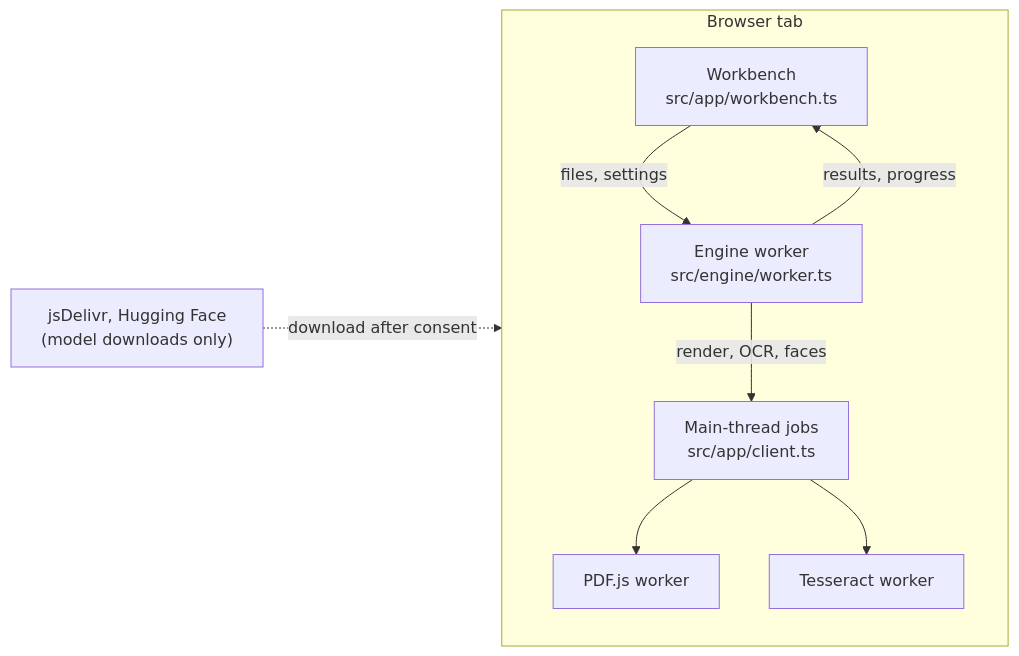
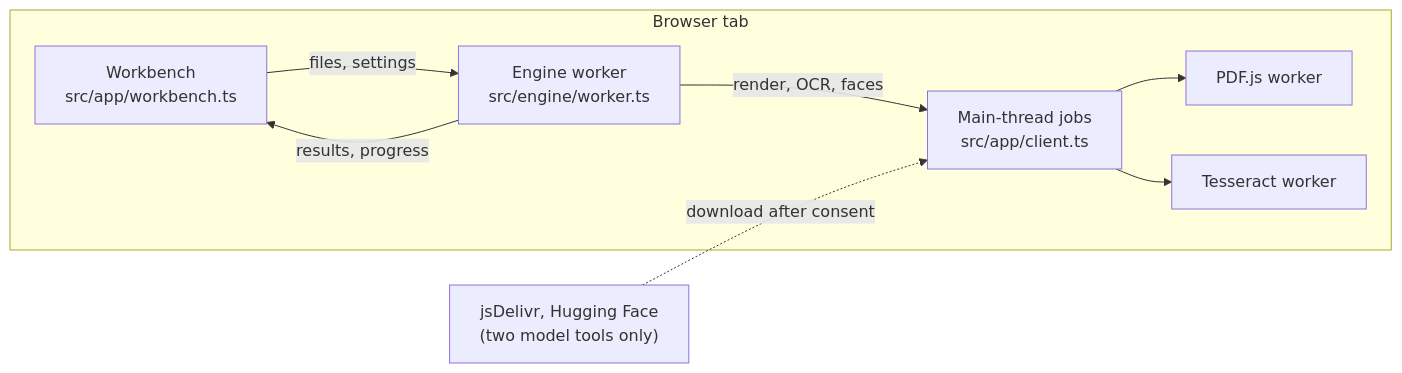
One commit to AshwinSathian/lathe changed the diagram in docs/architecture.md. Above: the diagram before and after it, drawn with Mermaid. The commit also changed other lines of this file and 16 other files, not shown here.

````diff
--- a/docs/architecture.md
+++ b/docs/architecture.md
@@ -5,16 +5,16 @@
 ```mermaid
 flowchart LR
   subgraph Tab["Browser tab"]
     UI["Workbench<br/>src/app/workbench.ts"]
     Main["Main-thread jobs<br/>src/app/client.ts"]
     W["Engine worker<br/>src/engine/worker.ts"]
     PJ["PDF.js worker"]
     T["Tesseract worker"]
     UI -- "files, settings" --> W
     W -- "results, progress" --> UI
     W -- "render, OCR, faces" --> Main
     Main --> PJ
     Main --> T
   end
-  CDN["jsDelivr, Hugging Face<br/>(model downloads only)"] -. "download after consent" .-> Tab
+  CDN["jsDelivr, Hugging Face<br/>(two model tools only)"] -. "download after consent" .-> Main
 ```
````
